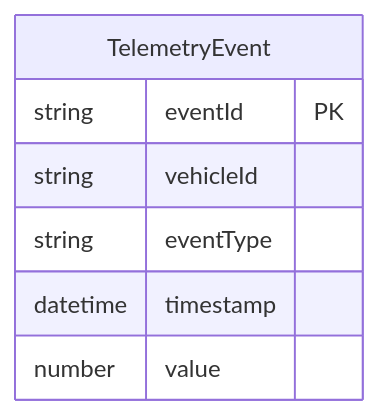
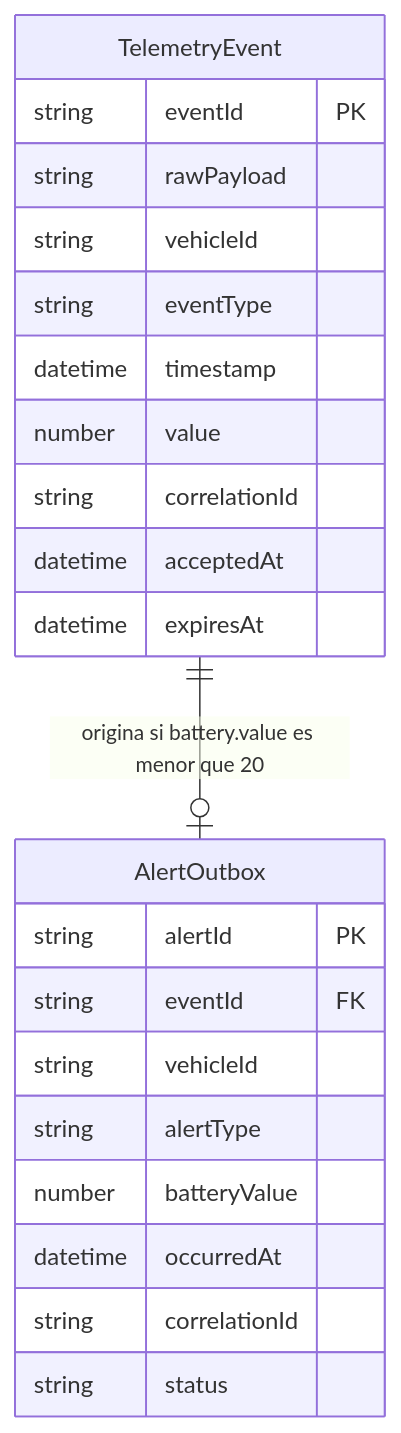
The diagram in aidlc/spaces/default/intents/261001-telemetria-vehicular/construction/telemetry-backend/functional-design/functional-spec.md (Deivisito2911/practice_aidlc), drawn with Mermaid before and after one commit. The commit also changed other lines of this file and 42 other files, not shown here.

````diff
--- a/aidlc/spaces/default/intents/261001-telemetria-vehicular/construction/telemetry-backend/functional-design/functional-spec.md
+++ b/aidlc/spaces/default/intents/261001-telemetria-vehicular/construction/telemetry-backend/functional-design/functional-spec.md
@@ -19,10 +51,25 @@
 ```mermaid
 erDiagram
+    TelemetryEvent ||--o| AlertOutbox : "origina si battery.value es menor que 20"
     TelemetryEvent {
         string eventId PK
+        string rawPayload
         string vehicleId
         string eventType
         datetime timestamp
         number value
+        string correlationId
+        datetime acceptedAt
+        datetime expiresAt
+    }
+    AlertOutbox {
+        string alertId PK
+        string eventId FK
+        string vehicleId
+        string alertType
+        number batteryValue
+        datetime occurredAt
+        string correlationId
+        string status
     }
 ```
````
